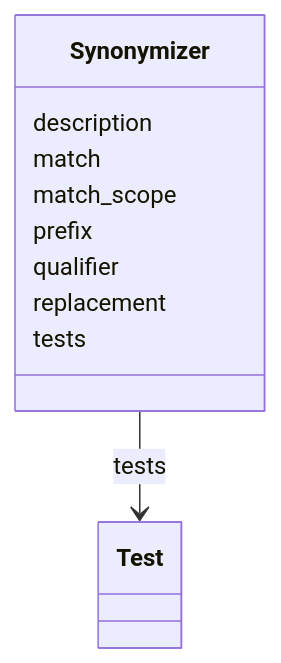
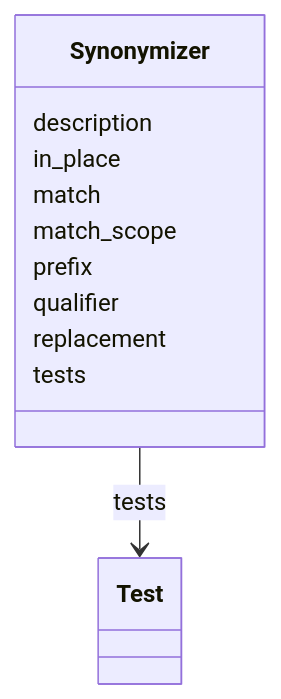
One commit to INCATools/ontology-access-kit changed the diagram in mapping-rules/Synonymizer.md. Above: the diagram before and after it, drawn with Mermaid. The commit also changed other lines of this file and 408 other files, not shown here.

````diff
--- a/mapping-rules/Synonymizer.md
+++ b/mapping-rules/Synonymizer.md
@@ -12,21 +17,23 @@
 ```{mermaid}
  classDiagram
     class Synonymizer
       Synonymizer : description
+        
+      Synonymizer : in_place
         
       Synonymizer : match
         
       Synonymizer : match_scope
         
       Synonymizer : prefix
         
       Synonymizer : qualifier
         
       Synonymizer : replacement
         
       Synonymizer : tests
         
           Synonymizer --> Test : tests
         
       
 ```
````
